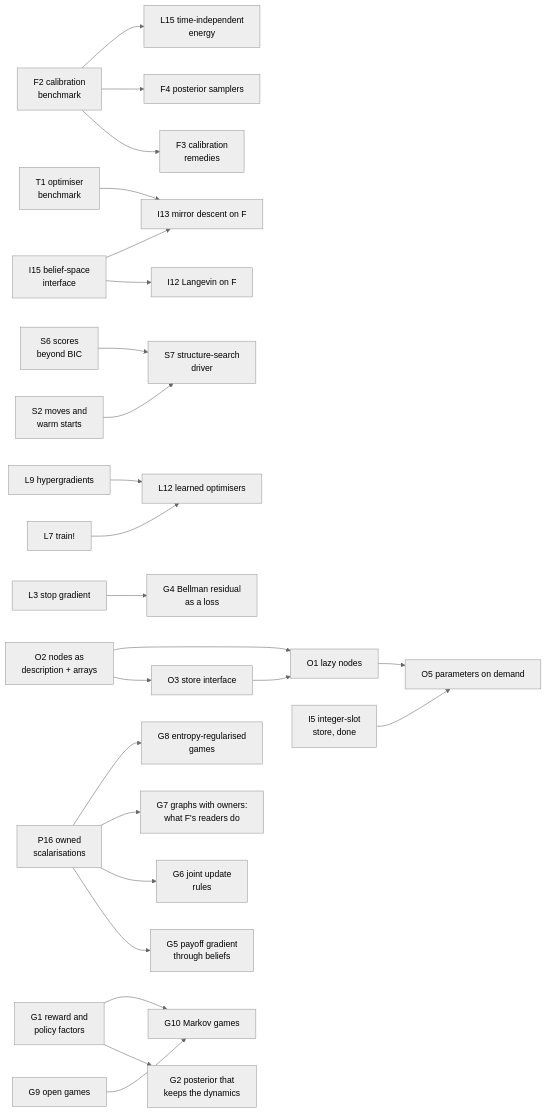
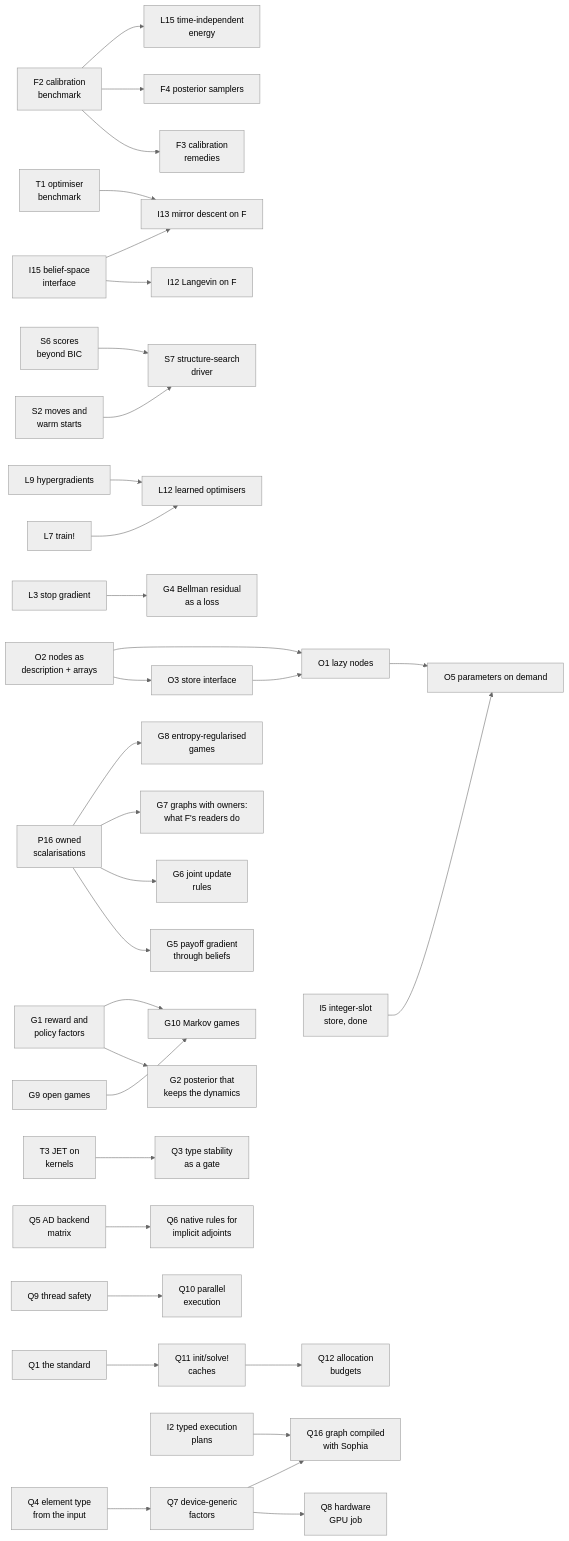
Before and after one commit to MathStruct/Lenticulum.jl: the diagram in vault/Project/Feature Backlog/Feature Backlog.md, drawn with Mermaid (neutral theme). The commit also changed other lines of this file and 4 other files, not shown here.

````diff
--- a/vault/Project/Feature Backlog/Feature Backlog.md
+++ b/vault/Project/Feature Backlog/Feature Backlog.md
@@ -47,26 +48,35 @@
 ```mermaid
 graph LR
   F2[F2 calibration<br/>benchmark] --> F3[F3 calibration<br/>remedies]
   F2 --> F4[F4 posterior samplers]
   F2 --> L15[L15 time-independent<br/>energy]
   I15[I15 belief-space<br/>interface] --> I12[I12 Langevin on F]
   I15 --> I13[I13 mirror descent on F]
   T1[T1 optimiser<br/>benchmark] --> I13
   O2[O2 nodes as<br/>description + arrays] --> O3[O3 store interface]
   O2 --> O1[O1 lazy nodes]
   O3 --> O1
   O1 --> O5[O5 parameters on demand]
   I5[I5 integer-slot<br/>store, done] --> O5
   S2[S2 moves and<br/>warm starts] --> S7[S7 structure-search<br/>driver]
   S6[S6 scores<br/>beyond BIC] --> S7
   L7[L7 train!] --> L12[L12 learned optimisers]
   L9[L9 hypergradients] --> L12
   G1[G1 reward and<br/>policy factors] --> G2[G2 posterior that<br/>keeps the dynamics]
   L3[L3 stop gradient] --> G4[G4 Bellman residual<br/>as a loss]
   P16[P16 owned<br/>scalarisations] --> G5[G5 payoff gradient<br/>through beliefs]
   P16 --> G6[G6 joint update<br/>rules]
   P16 --> G7[G7 graphs with owners:<br/>what F's readers do]
   P16 --> G8[G8 entropy-regularised<br/>games]
   G1 --> G10[G10 Markov games]
   G9[G9 open games] --> G10
+  T3[T3 JET on<br/>kernels] --> Q3[Q3 type stability<br/>as a gate]
+  Q5[Q5 AD backend<br/>matrix] --> Q6[Q6 native rules for<br/>implicit adjoints]
+  Q4[Q4 element type<br/>from the input] --> Q7[Q7 device-generic<br/>factors]
+  Q7 --> Q8[Q8 hardware<br/>GPU job]
+  Q9[Q9 thread safety] --> Q10[Q10 parallel<br/>execution]
+  Q1[Q1 the standard] --> Q11[Q11 init/solve!<br/>caches]
+  Q11 --> Q12[Q12 allocation<br/>budgets]
+  I2[I2 typed execution<br/>plans] --> Q16[Q16 graph compiled<br/>with Sophia]
+  Q7 --> Q16
 ```
````
